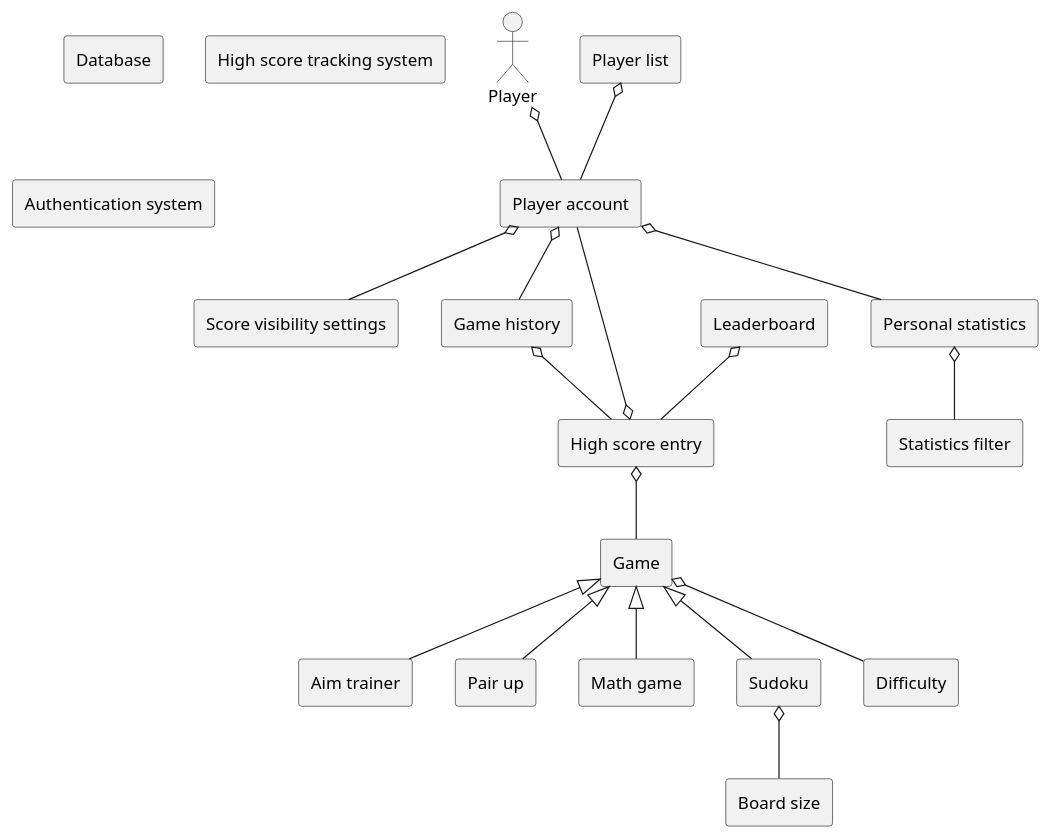
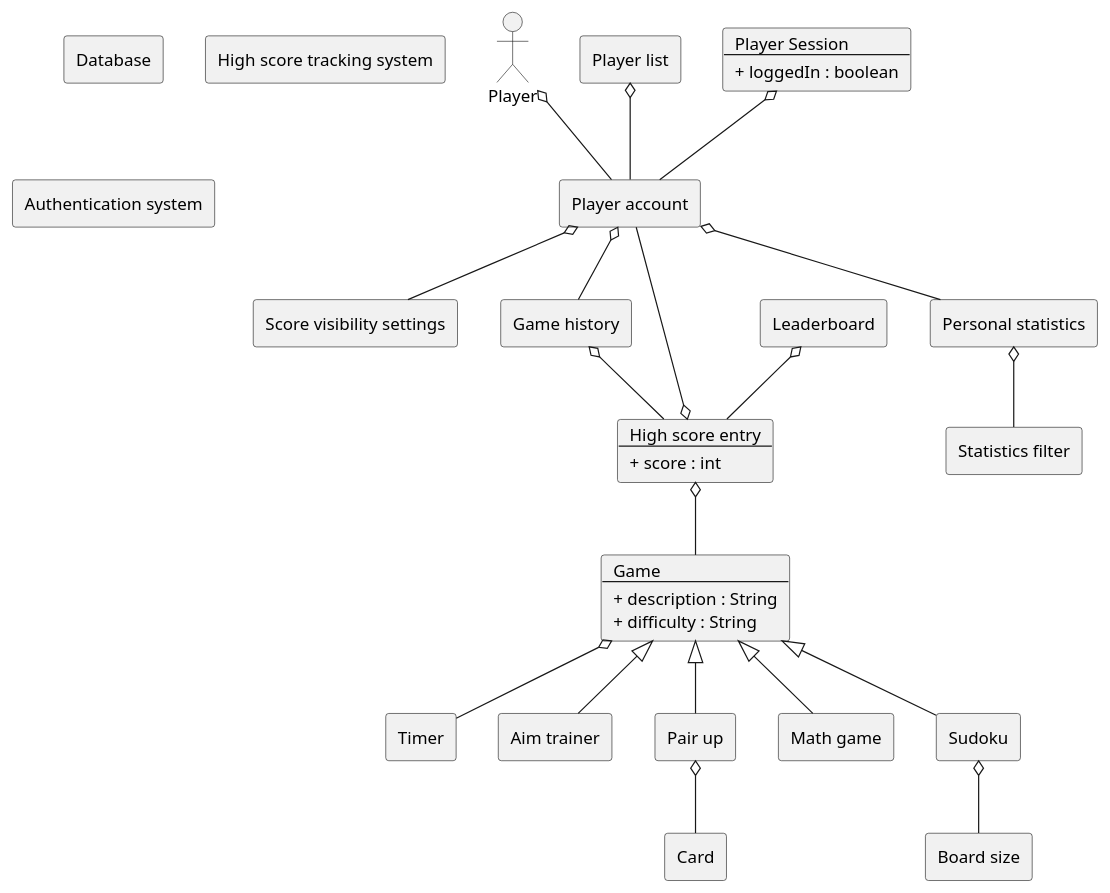
Before and after one commit to Cryptic5/itsSoOverlief: the diagram in PSI_3rd_trial/domain_model.puml, drawn with PlantUML. The commit also changed 51 other files, not shown here.

```diff
--- a/PSI_3rd_trial/domain_model.puml
+++ b/PSI_3rd_trial/domain_model.puml
@@ -1,40 +1,57 @@
 @startuml domain_model
 :Player: as player
 rectangle "Player account" as p_account
-rectangle "Game" as game
-rectangle "High score entry" as hs_entry
+card game [
+    Game
+    ---
+    + description : String
+    + difficulty : String
+]
+card hs_entry [
+    High score entry
+    ---
+    + score : int
+]
+rectangle "Card" as Card
+rectangle "Timer" as Timer
 rectangle "Leaderboard" as leaderboard
 rectangle "Aim trainer" as aim_trainer
 rectangle "Pair up" as pair_up
 rectangle "Math game" as math_game
 rectangle "Sudoku" as sudoku
 rectangle "Score visibility settings" as settings
-rectangle "Difficulty" as difficulty
 rectangle "Database" as database
 rectangle "High score tracking system" as hs_tracking_system
 rectangle "Authentication system" as auth_tracking_system
 rectangle "Player list" as player_list
 rectangle "Game history" as game_history
 rectangle "Personal statistics" as personal_statistics
 rectangle "Statistics filter" as statistics_filter
 rectangle "Board size" as board_size
+card p_session [
+    Player Session
+    ---
+    + loggedIn : boolean
+]
 
 game <|-- aim_trainer
 game <|-- pair_up
 game <|-- math_game
 game <|-- sudoku
-game o-- difficulty
 
+game o-- Timer
 player_list o-- p_account
+pair_up o-- Card
 sudoku o-- board_size
 personal_statistics o-- statistics_filter
 p_account o-- settings
 p_account o-- game_history
 p_account o-- personal_statistics
 game_history o-- hs_entry
 leaderboard o-- hs_entry
 player o-- p_account
 hs_entry o-- game
 hs_entry o-- p_account
+p_session o-- p_account
 
 @enduml
```
